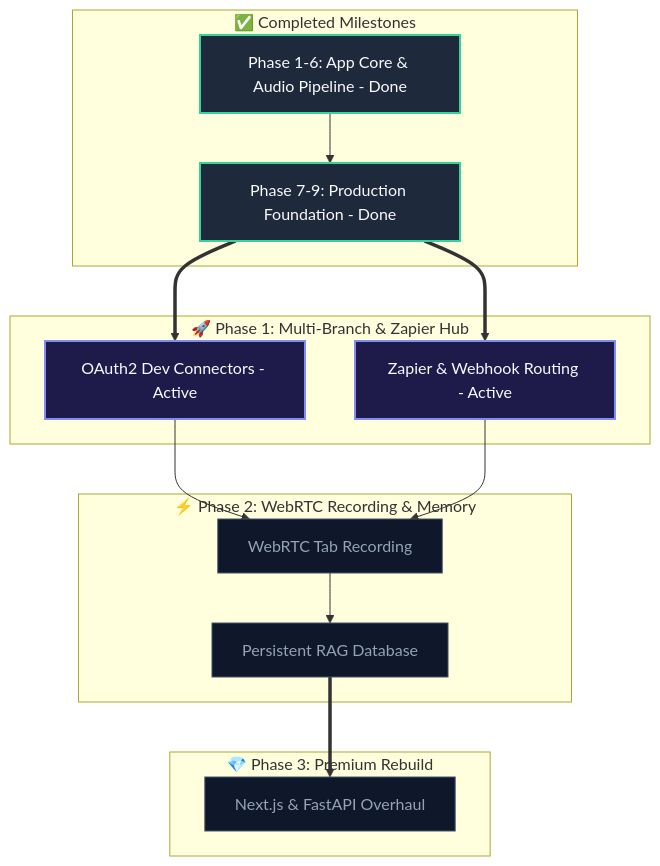
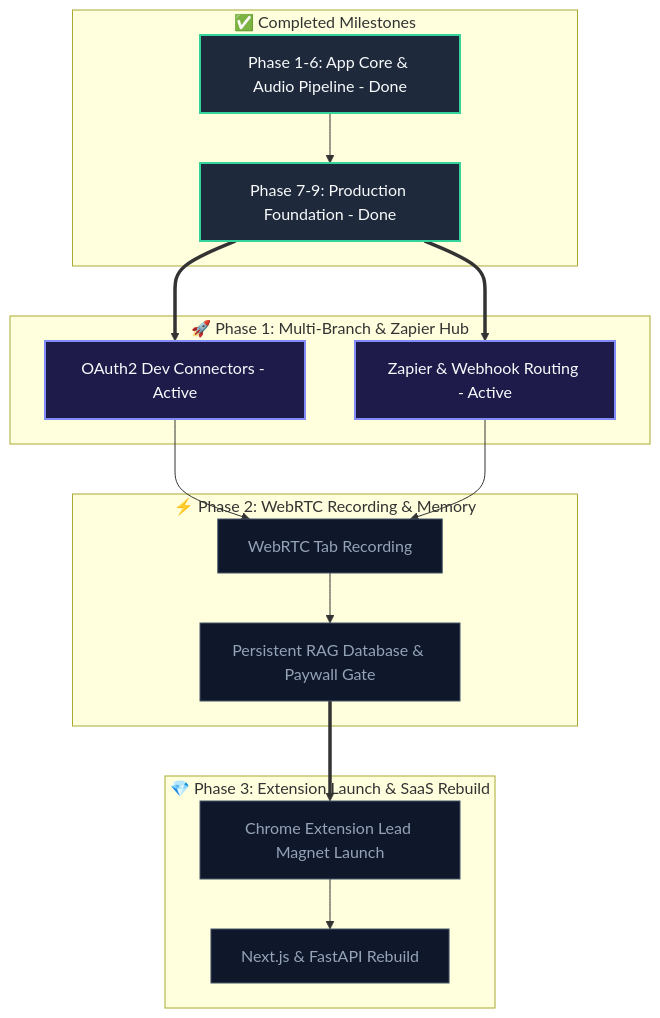
One commit to AItools-guru/AItools-guru changed the diagram in Kall-AI-workspace/Roadmap - Implementation Plan/premium_roadmap/premium_roadmap.md. Above: the diagram before and after it, drawn with Mermaid. The commit also changed other lines of this file and 1 other file, not shown here.

Commit message:
docs: update roadmap timeline with paywall milestone and extension launch

````diff
--- a/Kall-AI-workspace/Roadmap - Implementation Plan/premium_roadmap/premium_roadmap.md
+++ b/Kall-AI-workspace/Roadmap - Implementation Plan/premium_roadmap/premium_roadmap.md
@@ -49,33 +53,35 @@
 ```mermaid
 graph TD
     classDef done fill:#1e293b,stroke:#34d399,stroke-width:2px,color:#f8fafc;
     classDef current fill:#1e1b4b,stroke:#818cf8,stroke-width:2px,color:#f8fafc;
     classDef next fill:#0f172a,stroke:#475569,stroke-width:1px,color:#94a3b8;
 
     subgraph Completed["✅ Completed Milestones"]
         M1["Phase 1-6: App Core & Audio Pipeline - Done"]:::done
         M2["Phase 7-9: Production Foundation - Done"]:::done
     end
 
     subgraph Phase1["🚀 Phase 1: Multi-Branch & Zapier Hub"]
         N1["OAuth2 Dev Connectors - Active"]:::current
         N2["Zapier & Webhook Routing - Active"]:::current
     end
 
     subgraph Phase2["⚡ Phase 2: WebRTC Recording & Memory"]
         N3["WebRTC Tab Recording"]:::next
-        N4["Persistent RAG Database"]:::next
+        N4["Persistent RAG Database & Paywall Gate"]:::next
     end
 
-    subgraph Phase3["💎 Phase 3: Premium Rebuild"]
-        N5["Next.js & FastAPI Overhaul"]:::next
+    subgraph Phase3["💎 Phase 3: Extension Launch & SaaS Rebuild"]
+        N5["Chrome Extension Lead Magnet Launch"]:::next
+        N6["Next.js & FastAPI Rebuild"]:::next
     end
 
     M1 --> M2
     M2 ==> N1
     M2 ==> N2
     N1 --> N3
     N2 --> N3
     N3 --> N4
     N4 ==> N5
+    N5 --> N6
 ```
````
